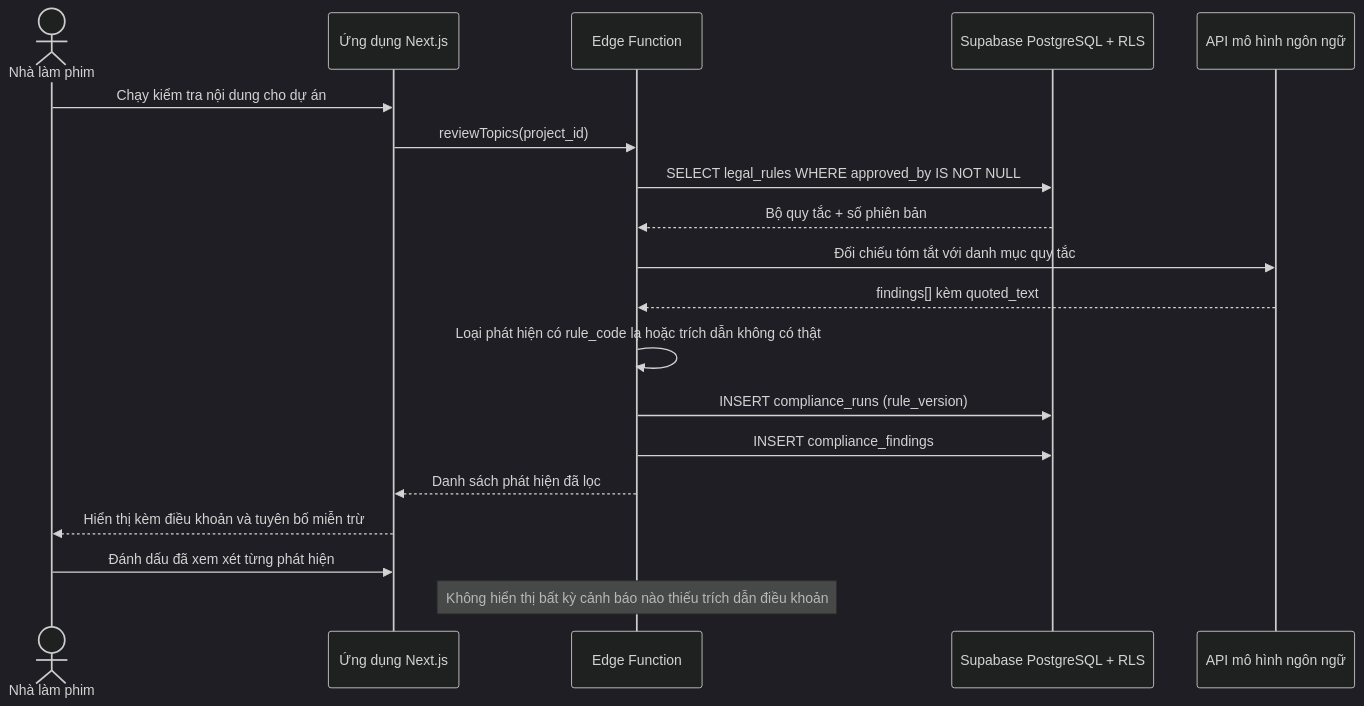
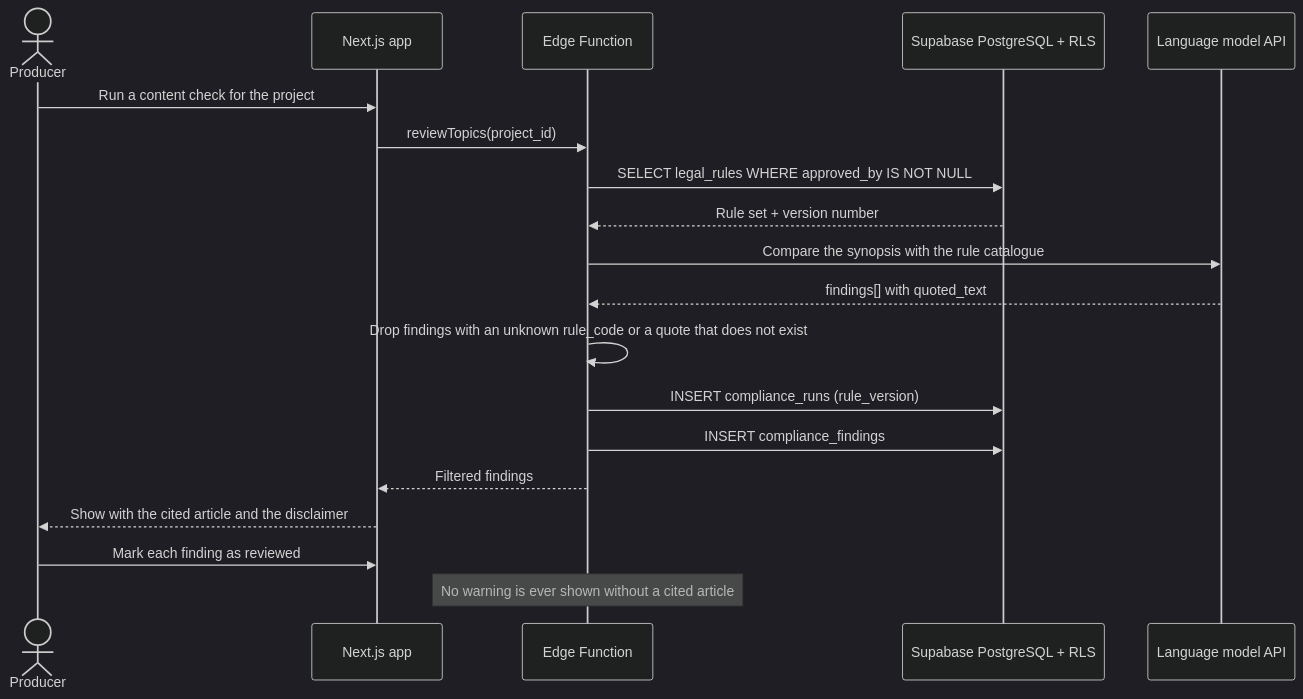
Before and after one commit to namnt2005/CINEMATCH-DBIZ3.TeamC: the ninth of 12 diagrams in docs/architecture/sequence-diagrams.md, drawn with Mermaid (dark theme). The commit also changed other lines of this file and 92 other files, not shown here.

````diff
--- a/docs/architecture/sequence-diagrams.md
+++ b/docs/architecture/sequence-diagrams.md
@@ -267,22 +268,22 @@
 ```mermaid
 sequenceDiagram
-    actor U as Nhà làm phim
-    participant FE as Ứng dụng Next.js
+    actor U as Producer
+    participant FE as Next.js app
     participant EF as Edge Function
     participant DB as Supabase PostgreSQL + RLS
-    participant AI as API mô hình ngôn ngữ
+    participant AI as Language model API
 
-    U->>FE: Chạy kiểm tra nội dung cho dự án
+    U->>FE: Run a content check for the project
     FE->>EF: reviewTopics(project_id)
     EF->>DB: SELECT legal_rules WHERE approved_by IS NOT NULL
-    DB-->>EF: Bộ quy tắc + số phiên bản
-    EF->>AI: Đối chiếu tóm tắt với danh mục quy tắc
-    AI-->>EF: findings[] kèm quoted_text
-    EF->>EF: Loại phát hiện có rule_code lạ hoặc trích dẫn không có thật
+    DB-->>EF: Rule set + version number
+    EF->>AI: Compare the synopsis with the rule catalogue
+    AI-->>EF: findings[] with quoted_text
+    EF->>EF: Drop findings with an unknown rule_code or a quote that does not exist
     EF->>DB: INSERT compliance_runs (rule_version)
     EF->>DB: INSERT compliance_findings
-    EF-->>FE: Danh sách phát hiện đã lọc
-    FE-->>U: Hiển thị kèm điều khoản và tuyên bố miễn trừ
-    U->>FE: Đánh dấu đã xem xét từng phát hiện
-    Note over EF: Không hiển thị bất kỳ cảnh báo nào thiếu trích dẫn điều khoản
+    EF-->>FE: Filtered findings
+    FE-->>U: Show with the cited article and the disclaimer
+    U->>FE: Mark each finding as reviewed
+    Note over EF: No warning is ever shown without a cited article
 ```
````
